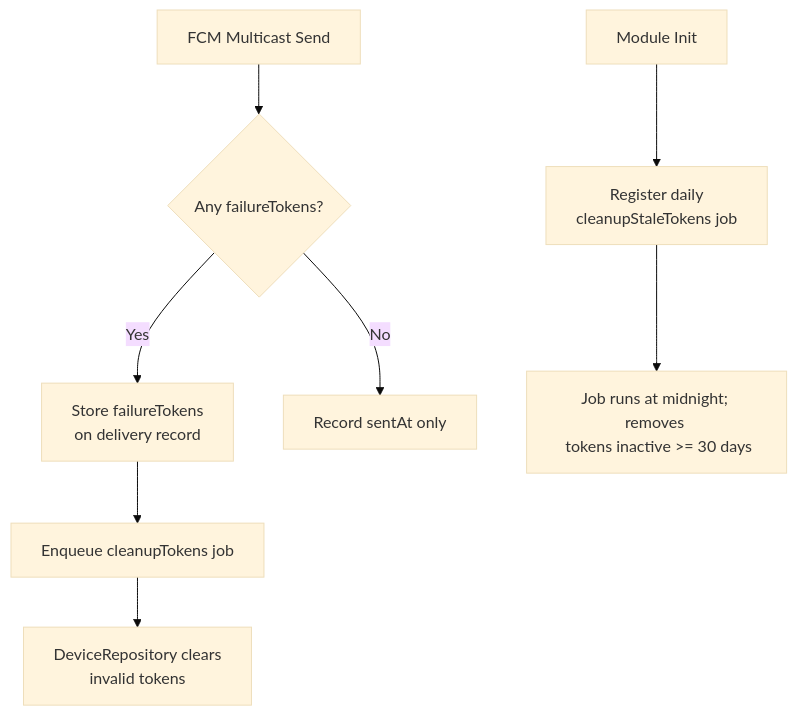
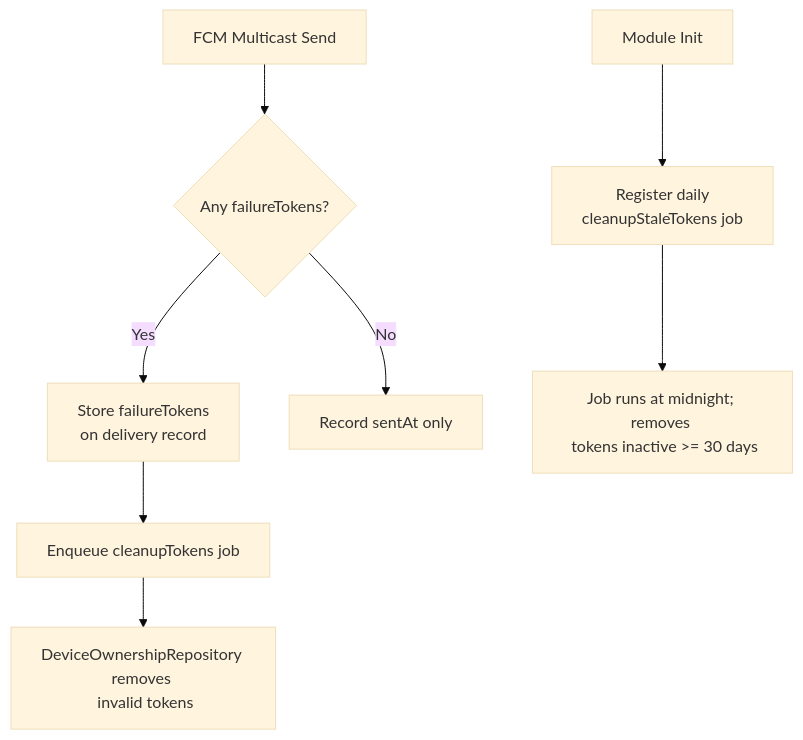
One commit to andrechristikan/ack-nestjs-boilerplate changed the first of 2 diagrams in docs/notification.md. Above: the diagram before and after it, drawn with Mermaid (base theme). The commit also changed other lines of this file and 1480 other files, not shown here.

````diff
--- a/docs/notification.md
+++ b/docs/notification.md
@@ -239,11 +180,11 @@
 ```mermaid
 graph TD
     A[FCM Multicast Send] --> B{Any failureTokens?}
     B -->|Yes| C[Store failureTokens <br/> on delivery record]
     C --> D[Enqueue cleanupTokens job]
-    D --> E[DeviceRepository clears <br/> invalid tokens]
+    D --> E[DeviceOwnershipRepository removes <br/> invalid tokens]
     B -->|No| F[Record sentAt only]
     
     G[Module Init] --> H[Register daily <br/> cleanupStaleTokens job]
     H --> I[Job runs at midnight; removes <br/> tokens inactive >= 30 days]
 ```
````
